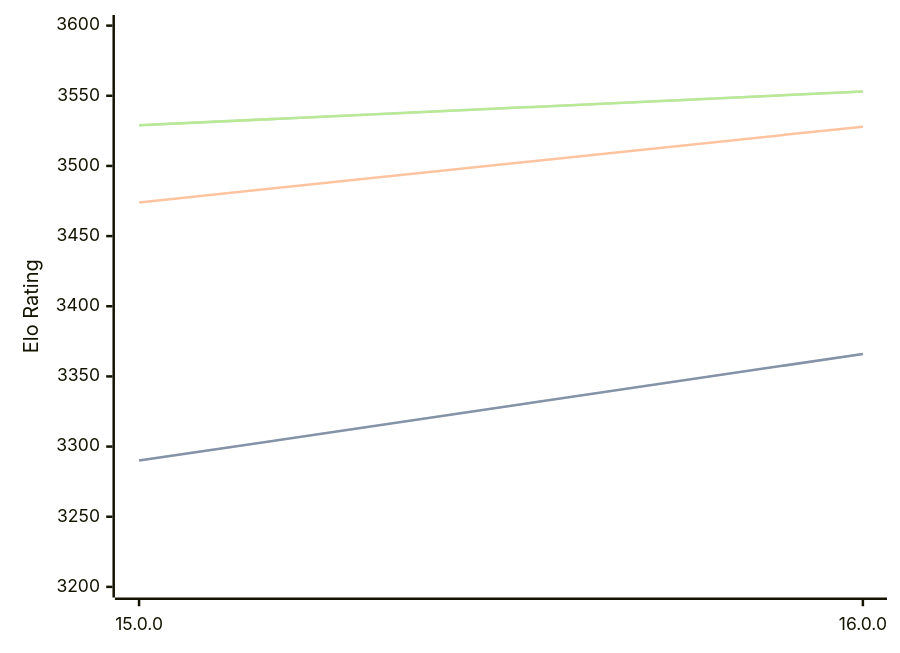
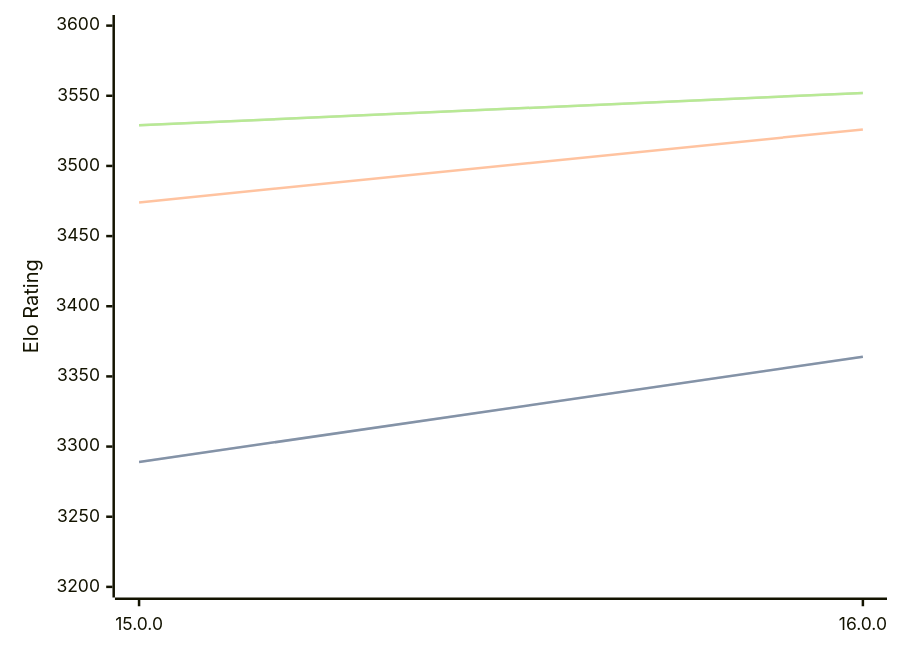
The diagram in engines/Halogen.md (computer-chess-index/cci), drawn with Mermaid before and after one commit. The commit also changed other lines of this file, not shown here.

Commit message:
Update CCI Ratings (ELO VLTC) - 2026-09-01

````diff
--- a/engines/Halogen.md
+++ b/engines/Halogen.md
@@ -32,11 +32,11 @@
 ```mermaid
 %%{init: {"theme":"base","themeVariables":{"seriesColors:['#a3a3a3','#222221','#faa371']}}}%%
 xychart-beta
   x-axis ["15.0.0", "16.0.0"]
   y-axis "Elo Rating" 3200 --> 3600
-  line "" [3290, 3366]
-  line "STC (8.0+0.08s)" [3290, 3366]
-  line "LTC (60.0+0.60s)" [3474, 3528]
-  line "" [3529, 3553]
-  line "VLTC (2m24s+1.12s)" [3529, 3553]
+  line "" [3289, 3364]
+  line "STC (8.0+0.08s)" [3289, 3364]
+  line "LTC (60.0+0.60s)" [3474, 3526]
+  line "" [3529, 3552]
+  line "VLTC (2m24s+1.12s)" [3529, 3552]
 ```
````
